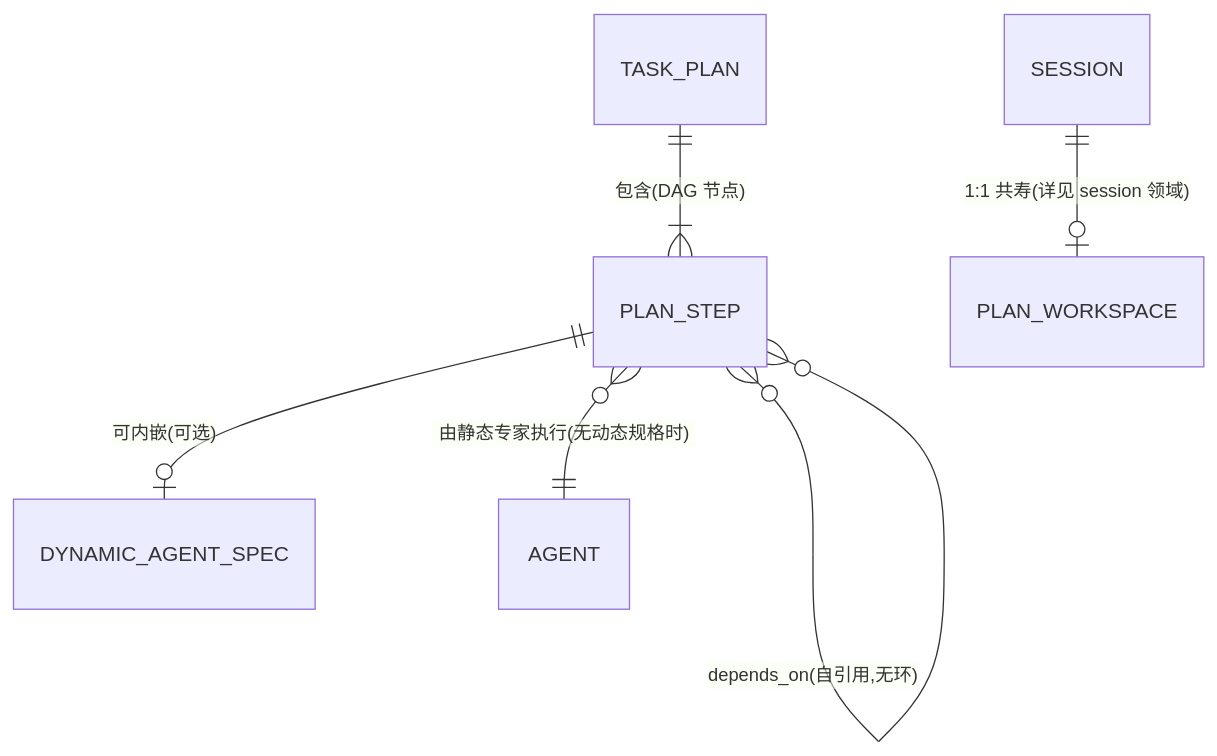
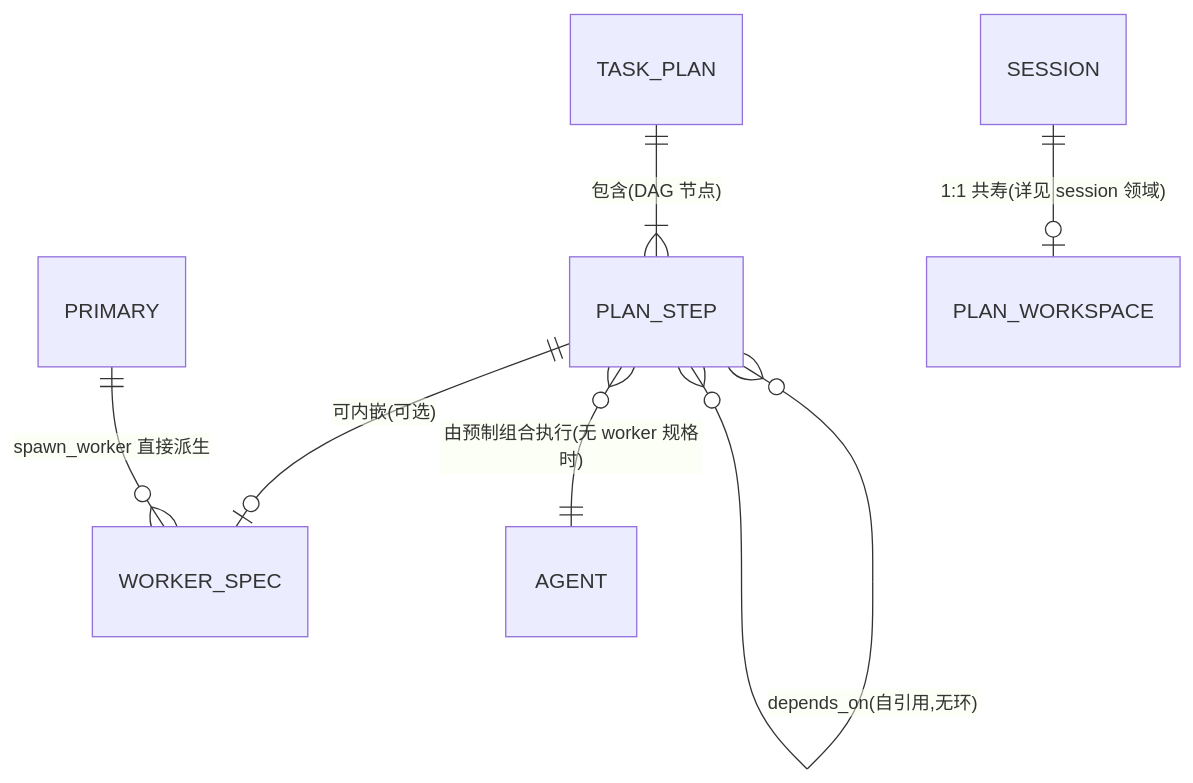
One commit to vogo/vv changed the diagram in doc/domains/core/orchestration/models.md. Above: the diagram before and after it, drawn with Mermaid. The commit also changed other lines of this file and 35 other files, not shown here.

````diff
--- a/doc/domains/core/orchestration/models.md
+++ b/doc/domains/core/orchestration/models.md
@@ -7,8 +7,9 @@
 ```mermaid
 erDiagram
     TASK_PLAN ||--|{ PLAN_STEP : "包含(DAG 节点)"
     PLAN_STEP }o--o{ PLAN_STEP : "depends_on(自引用,无环)"
-    PLAN_STEP ||--o| DYNAMIC_AGENT_SPEC : "可内嵌(可选)"
-    PLAN_STEP }o--|| AGENT : "由静态专家执行(无动态规格时)"
+    PLAN_STEP ||--o| WORKER_SPEC : "可内嵌(可选)"
+    PRIMARY ||--o{ WORKER_SPEC : "spawn_worker 直接派生"
+    PLAN_STEP }o--|| AGENT : "由预制组合执行(无 worker 规格时)"
     SESSION ||--o| PLAN_WORKSPACE : "1:1 共寿(详见 session 领域)"
 ```
````
